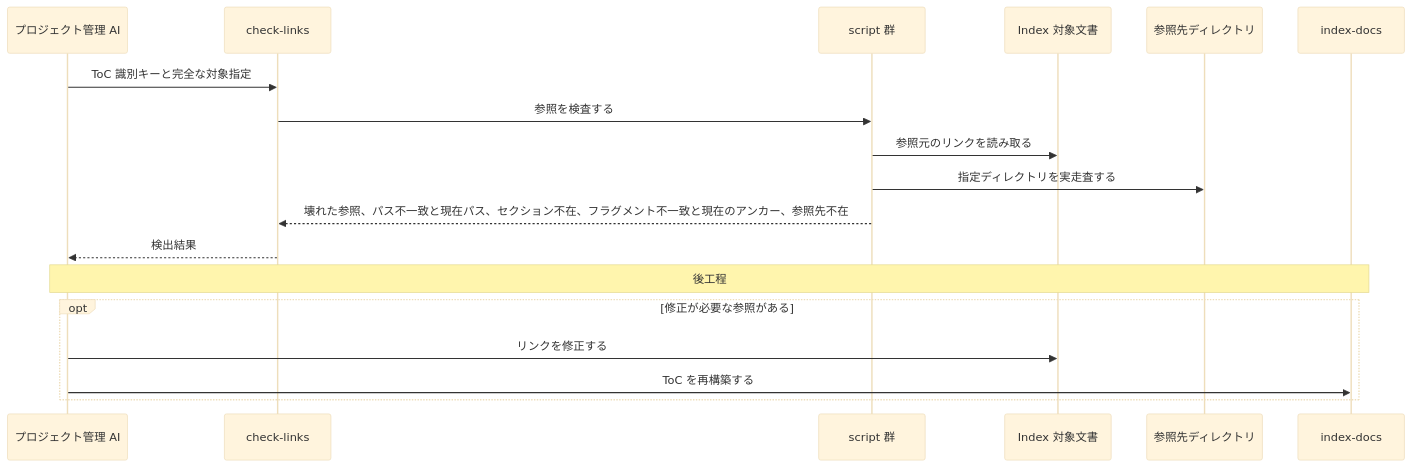
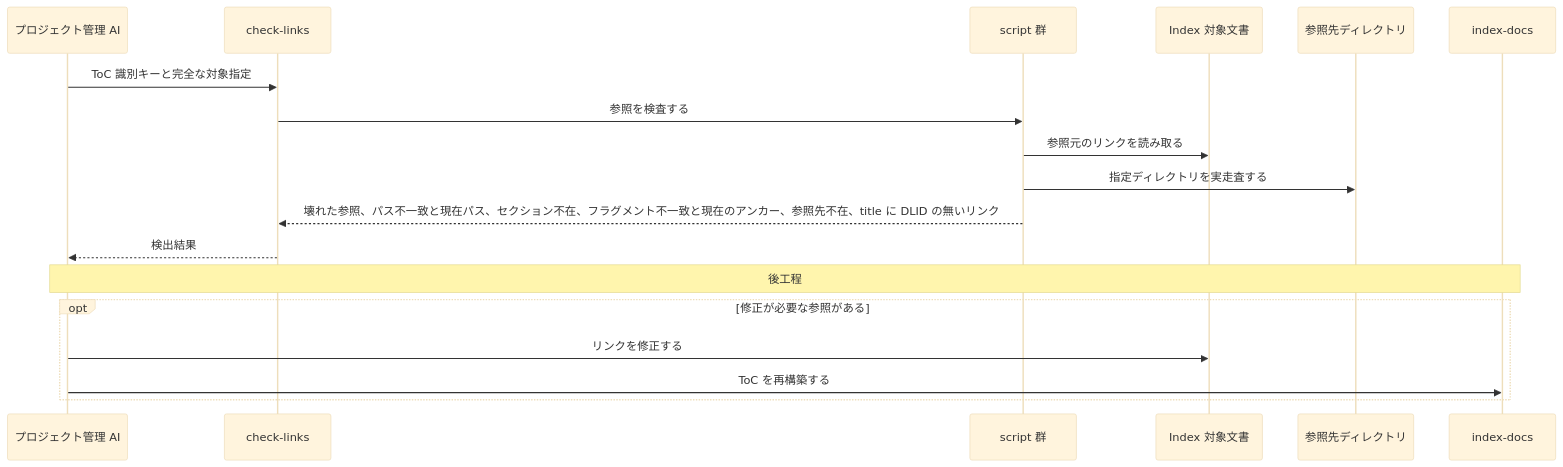
One commit to BlueEventHorizon/doc-link changed the sixth of 9 diagrams in docs/specs/design/DES-010_skill-composition.md. Above: the diagram before and after it, drawn with Mermaid (base theme). The commit also changed other lines of this file and 15 other files, not shown here.

````diff
--- a/docs/specs/design/DES-010_skill-composition.md
+++ b/docs/specs/design/DES-010_skill-composition.md
@@ -278,21 +279,21 @@
 ```mermaid
 sequenceDiagram
     participant PM as プロジェクト管理 AI
     participant Skill as check-links
     participant Scripts as script 群
     participant Docs as Index 対象文書
     participant RefDirs as 参照先ディレクトリ
     participant Index as index-docs
 
     PM->>Skill: ToC 識別キーと完全な対象指定
     Skill->>Scripts: 参照を検査する
     Scripts->>Docs: 参照元のリンクを読み取る
     Scripts->>RefDirs: 指定ディレクトリを実走査する
-    Scripts-->>Skill: 壊れた参照、パス不一致と現在パス、セクション不在、フラグメント不一致と現在のアンカー、参照先不在
+    Scripts-->>Skill: 壊れた参照、パス不一致と現在パス、セクション不在、フラグメント不一致と現在のアンカー、参照先不在、title に DLID の無いリンク
     Skill-->>PM: 検出結果
     Note over PM,Index: 後工程
     opt 修正が必要な参照がある
         PM->>Docs: リンクを修正する
         PM->>Index: ToC を再構築する
     end
 ```
````
